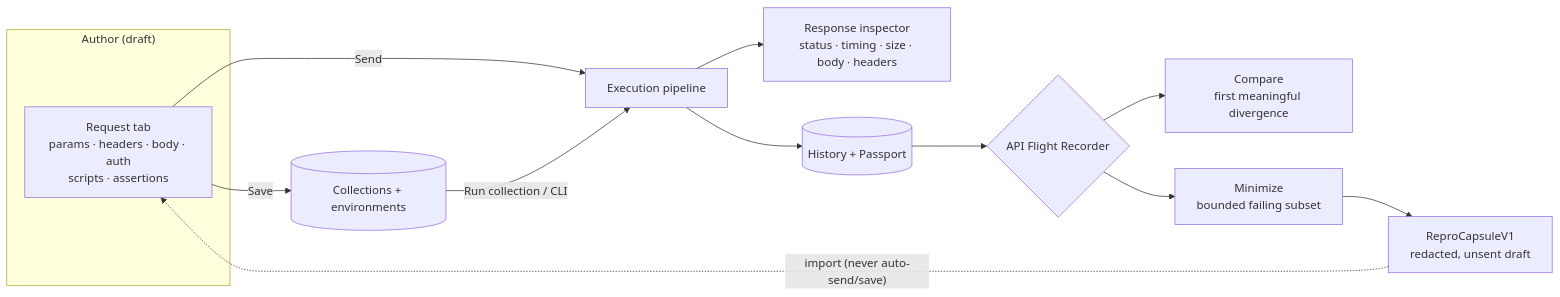
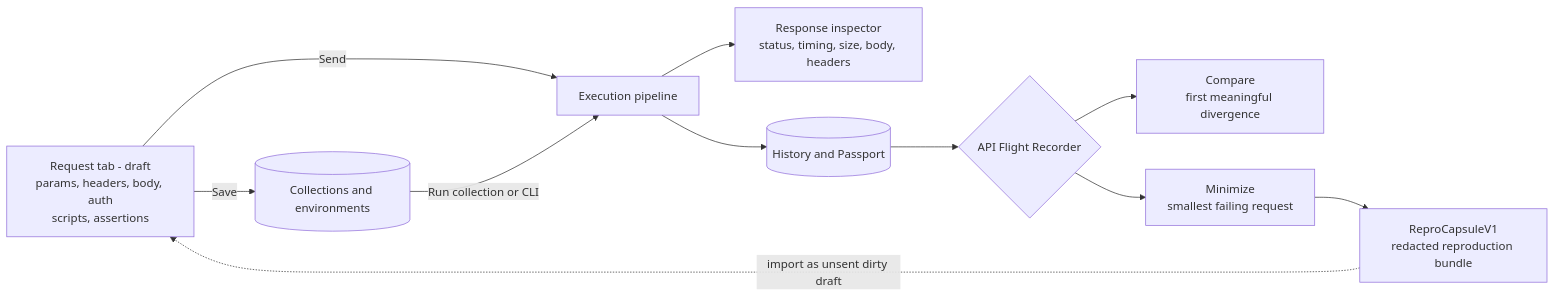
Before and after one commit to Sathvikar01/coderepo-react-node-postman: the third of 3 diagrams in README.md, drawn with Mermaid. The commit also changed other lines of this file, not shown here.

Commit message:
docs(readme): robust mermaid syntax in architecture diagrams

````diff
--- a/README.md
+++ b/README.md
@@ -133,16 +133,14 @@
 ```mermaid
 flowchart LR
-    subgraph Author["Author (draft)"]
-        Draft["Request tab<br/>params · headers · body · auth<br/>scripts · assertions"]
-    end
-    Draft -- "Send" --> Run["Execution pipeline"]
-    Run --> Insp["Response inspector<br/>status · timing · size · body · headers"]
-    Run --> Hist[("History + Passport")]
-    Draft -- "Save" --> Col[("Collections + environments")]
-    Col -- "Run collection / CLI" --> Run
+    Draft["Request tab - draft<br/>params, headers, body, auth<br/>scripts, assertions"]
+    Draft -->|Send| Run["Execution pipeline"]
+    Run --> Insp["Response inspector<br/>status, timing, size, body, headers"]
+    Run --> Hist[("History and Passport")]
+    Draft -->|Save| Col[("Collections and environments")]
+    Col -->|Run collection or CLI| Run
     Hist --> FR{"API Flight Recorder"}
     FR --> Compare["Compare<br/>first meaningful divergence"]
-    FR --> Minimize["Minimize<br/>bounded failing subset"]
-    Minimize --> Capsule["ReproCapsuleV1<br/>redacted, unsent draft"]
-    Capsule -. "import (never auto-send/save)" .-> Draft
+    FR --> Minimize["Minimize<br/>smallest failing request"]
+    Minimize --> Capsule["ReproCapsuleV1<br/>redacted reproduction bundle"]
+    Capsule -.->|import as unsent dirty draft| Draft
 ```
````
